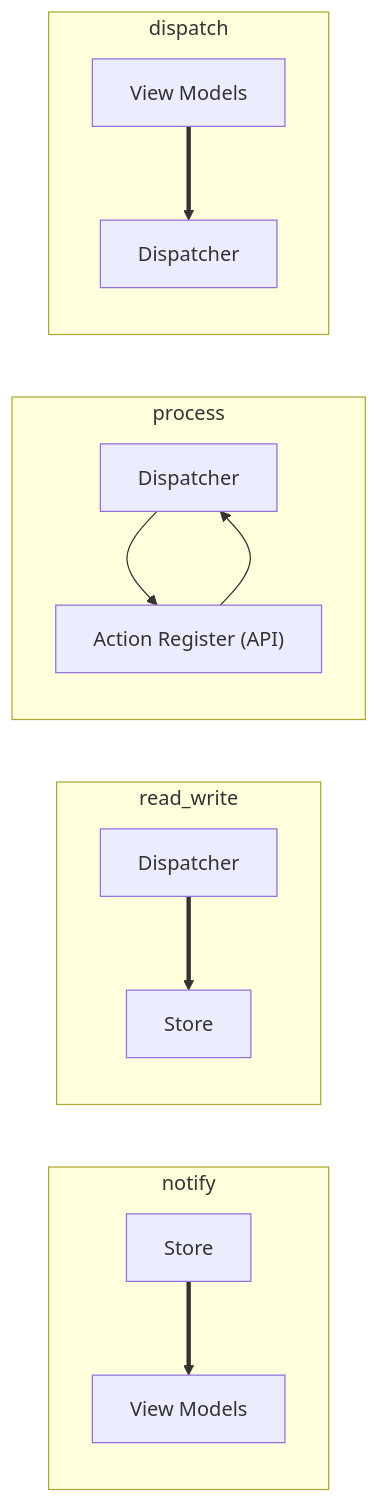
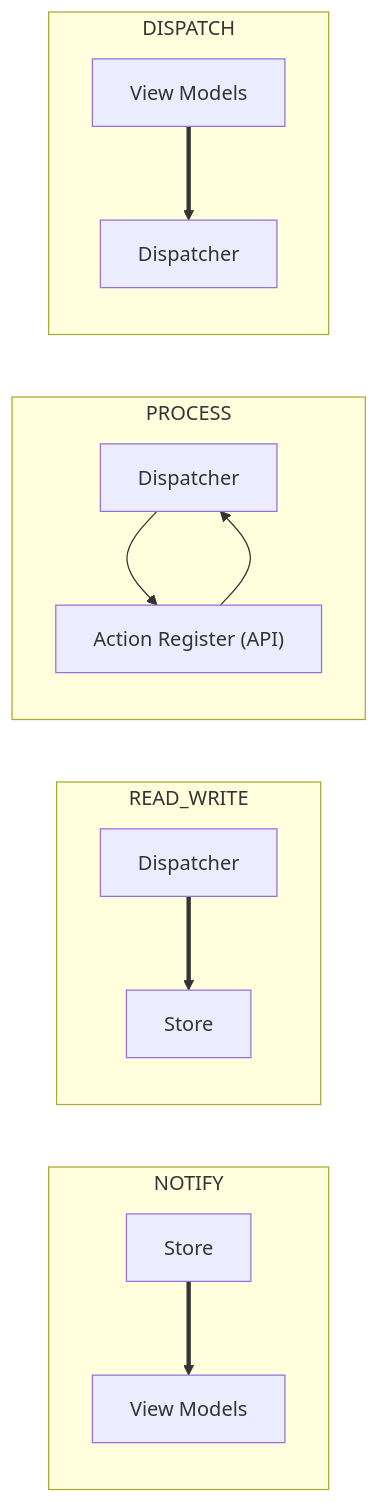
The diagram in Docs/Diagrams/unidirectional_architecture.mmd (xleon/mobile), drawn with Mermaid before and after one commit. The commit also changed 2 other files, not shown here.

Commit message:
Unidirectional architecture proposal

```diff
--- a/Docs/Diagrams/unidirectional_architecture.mmd
+++ b/Docs/Diagrams/unidirectional_architecture.mmd
@@ -1,17 +1,17 @@
 graph LR
-    subgraph notify
+    subgraph NOTIFY
     D4[Store] ==> A4[View Models]
     end
 
-    subgraph read_write
+    subgraph READ_WRITE
     B3[Dispatcher] ==> D3[Store]
     end
 
-    subgraph process
+    subgraph PROCESS
     B2[Dispatcher] --> C2["Action Register (API)"]
     C2 --> B2
     end
 
-    subgraph dispatch
+    subgraph DISPATCH
     A1[View Models] ==> B1[Dispatcher]
     end
```
